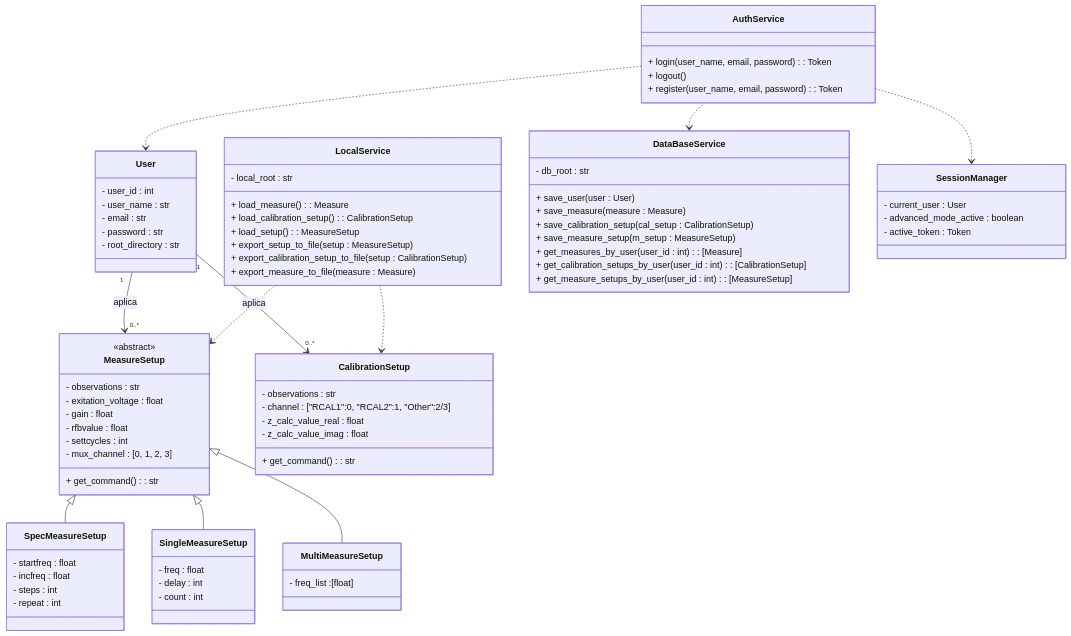
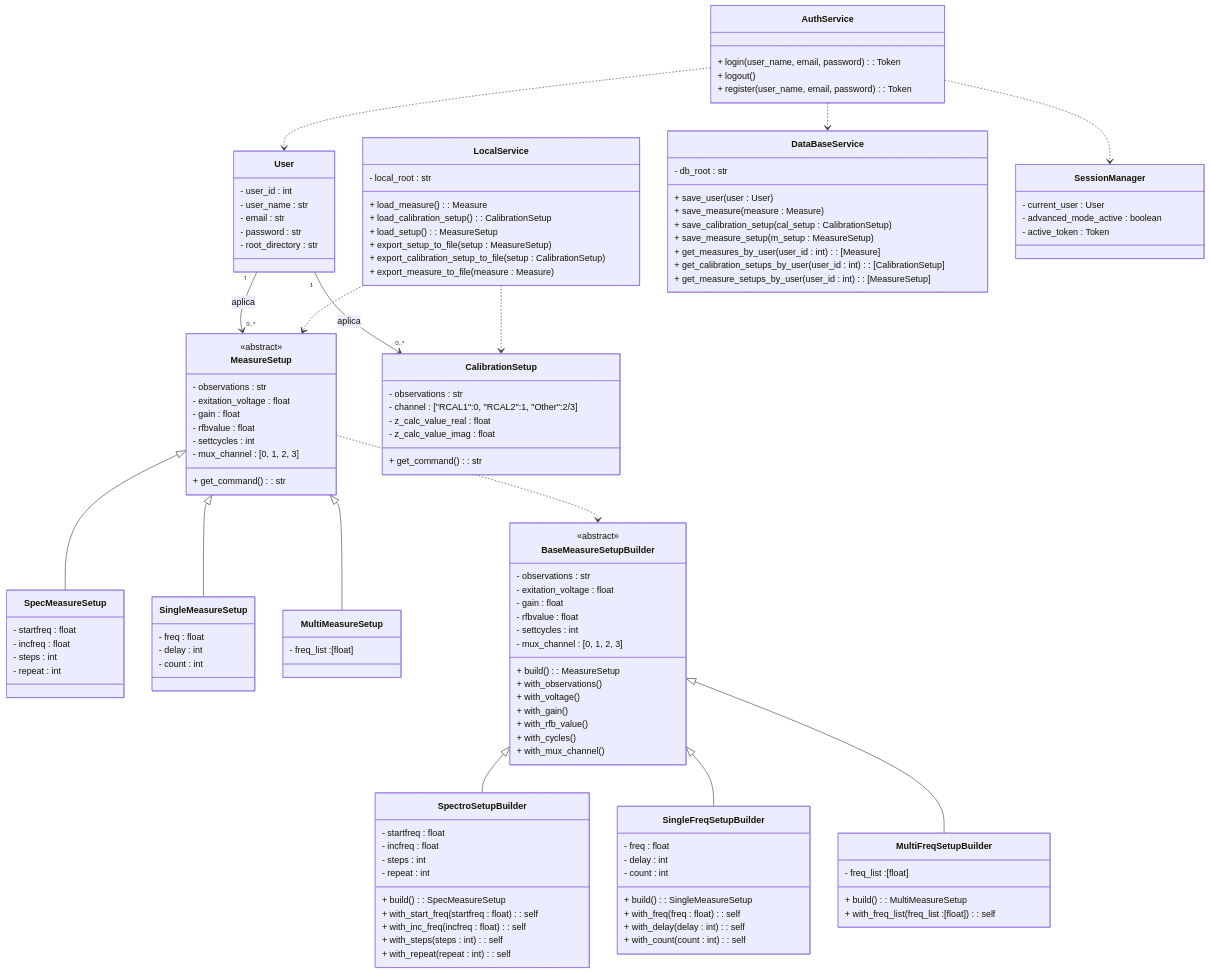
The fifth of 6 diagrams in Gmini-MarkDown/Diagramas/Clases Conceptuales.md (alegrelias/Repo-GMini), drawn with Mermaid before and after one commit. The commit also changed other lines of this file, not shown here.

Commit message:
Se modifica diagrama de clases

```diff
--- a/Gmini-MarkDown/Diagramas/Clases Conceptuales.md
+++ b/Gmini-MarkDown/Diagramas/Clases Conceptuales.md
@@ -515,6 +607,10 @@
 MeasureSetup <|-- SpecMeasureSetup
 MeasureSetup <|-- SingleMeasureSetup
 MeasureSetup <|-- MultiMeasureSetup
+
+BaseMeasureSetupBuilder <|-- SpectroSetupBuilder
+BaseMeasureSetupBuilder <|-- SingleFreqSetupBuilder
+BaseMeasureSetupBuilder <|-- MultiFreqSetupBuilder
 
 class User {
 	- user_id : int
@@ -554,14 +650,14 @@
 }
 
 class MeasureSetup {
-		<<abstract>>
-		- observations : str
-		- exitation_voltage : float
-		- gain : float
-		- rfbvalue : float
-		- settcycles : int
-		- mux_channel : [0, 1, 2, 3]
-		+ get_command() : str
+	<<abstract>>
+	- observations : str
+	- exitation_voltage : float
+	- gain : float
+	- rfbvalue : float
+	- settcycles : int
+	- mux_channel : [0, 1, 2, 3]
+	+ get_command() : str
 }
 class SpecMeasureSetup{
 	- startfreq : float
@@ -592,9 +688,57 @@
 	- active_token : Token
 }
 
+%% builder patern
+class BaseMeasureSetupBuilder{
+	<<abstract>>
+	- observations : str
+	- exitation_voltage : float
+	- gain : float
+	- rfbvalue : float
+	- settcycles : int
+	- mux_channel : [0, 1, 2, 3]
+	+ build() : MeasureSetup
+	+ with_observations()
+	+ with_voltage()
+	+ with_gain()
+	+ with_rfb_value()
+	+ with_cycles()
+	+ with_mux_channel()
+}
+
+class SpectroSetupBuilder{
+	- startfreq : float
+	- incfreq : float
+	- steps : int
+	- repeat : int
+	+ build() : SpecMeasureSetup
+	+ with_start_freq(startfreq : float) : self
+	+ with_inc_freq(incfreq : float) : self
+	+ with_steps(steps : int) : self
+	+ with_repeat(repeat : int) : self
+}
+
+class SingleFreqSetupBuilder{
+	- freq : float
+	- delay : int
+	- count : int
+	+ build() : SingleMeasureSetup
+	+ with_freq(freq : float) : self
+	+ with_delay(delay : int) : self
+	+ with_count(count : int) : self
+}
+
+class MultiFreqSetupBuilder{
+	- freq_list :[float]
+	+ build() : MultiMeasureSetup
+	+ with_freq_list(freq_list :[float]) : self
+}
+
 %% relaciones
 User "1"-->"0..*" MeasureSetup : aplica
 User "1"-->"0..*" CalibrationSetup : aplica
+
+MeasureSetup ..> BaseMeasureSetupBuilder
 
 AuthService ..> User
 AuthService ..> DataBaseService
```
